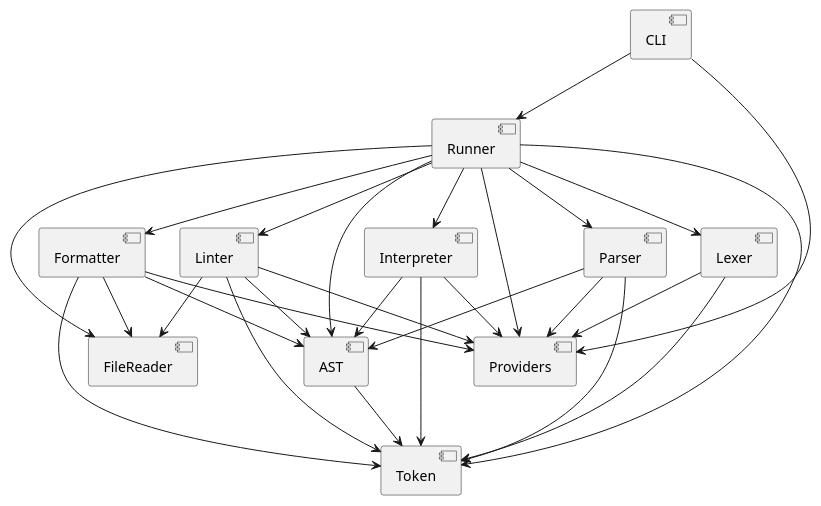
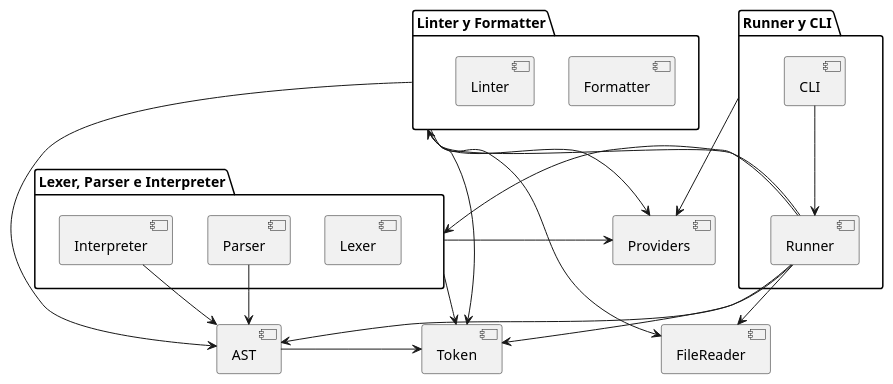
The diagram in Modules.puml (ingsis-group-11/printScript), drawn with PlantUML before and after one commit. The commit also changed 2 other files, not shown here.

Commit message:
refactor lexer

```diff
--- a/Modules.puml
+++ b/Modules.puml
@@ -1,64 +1,61 @@
 @startuml
 
-' Define the components
+' Definir los componentes
 component Token
 component FileReader
 component Providers
+component AST
+
+package "Lexer, Parser e Interpreter" {
+    component Lexer {
+    }
+
+    component Parser {
+        [Parser] --> AST
+    }
+
+    component Interpreter {
+        [Interpreter] --> AST
+    }
+}
+
+package "Linter y Formatter" {
+    component Formatter {
+    }
+
+    component Linter {
+    }
+}
+
+package "Runner y CLI" {
+    component Runner {
+        [Runner] -down-> Token
+        [Runner] -down-> AST
+        [Runner] --> "Lexer, Parser e Interpreter"
+        [Runner] -up-> "Linter y Formatter"
+        [Runner] --> FileReader
+    }
+
+    component CLI {
+        [CLI] --> Runner
+    }
+}
 
 component AST {
-    [AST] --> Token
+    [AST] -> Token
 }
 
-component Parser {
-    [Parser] --> Token
-    [Parser] --> AST
-    [Parser] --> Providers
-}
+"Lexer, Parser e Interpreter" -down-> Token
+"Lexer, Parser e Interpreter" --> Providers
+"Linter y Formatter" -down-> Token
+"Linter y Formatter" --> FileReader
+"Linter y Formatter" --> AST
+"Linter y Formatter" --> Providers
+Providers <-- "Runner y CLI"
 
-component Lexer {
-    [Lexer] --> Token
-    [Lexer] --> Providers
-}
 
-component Formatter {
-    [Formatter] --> Token
-    [Formatter] --> AST
-    [Formatter] --> FileReader
-    [Formatter] --> Providers
-}
-
-component Interpreter {
-    [Interpreter] --> AST
-    [Interpreter] --> Token
-    [Interpreter] --> Providers
-}
-
-component Linter {
-    [Linter] --> Token
-    [Linter] --> AST
-    [Linter] --> FileReader
-    [Linter] --> Providers
-}
-
-component Runner {
-    [Runner] --> Token
-    [Runner] --> AST
-    [Runner] --> Lexer
-    [Runner] --> Parser
-    [Runner] --> Interpreter
-    [Runner] --> Formatter
-    [Runner] --> FileReader
-    [Runner] --> Providers
-    [Runner] --> Linter
-}
-
-component CLI {
-    [CLI] --> Runner
-    [CLI] --> Providers
-}
-
-' Organize the layout
+' Organizar el layout
 left to right direction
 top to bottom direction
 
 @enduml
```
